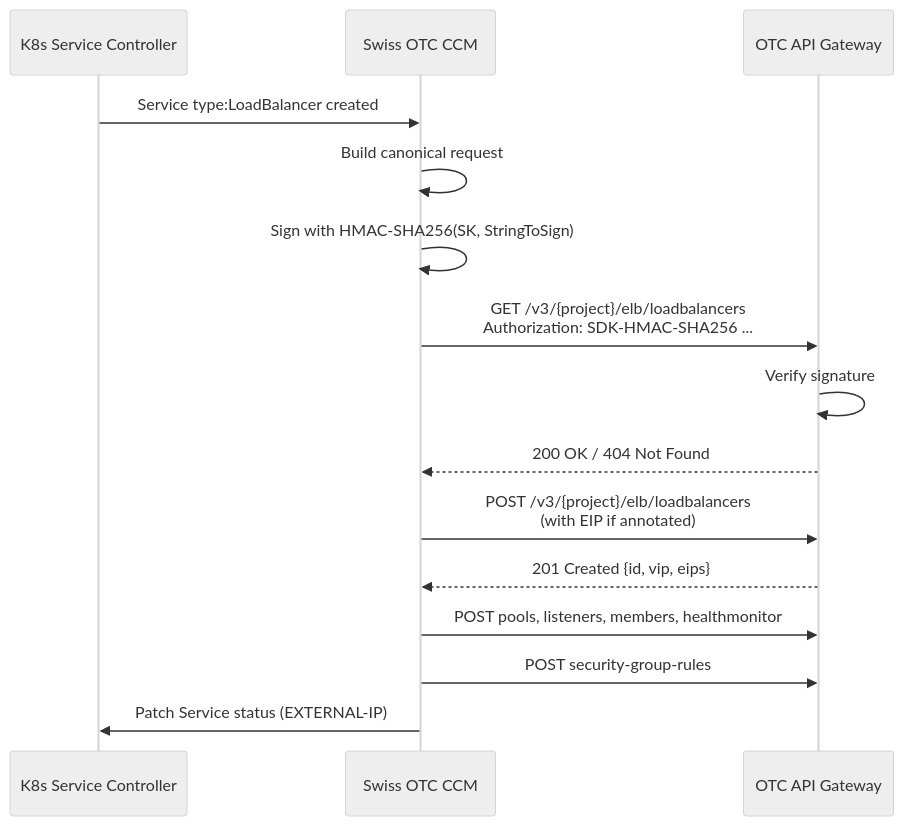
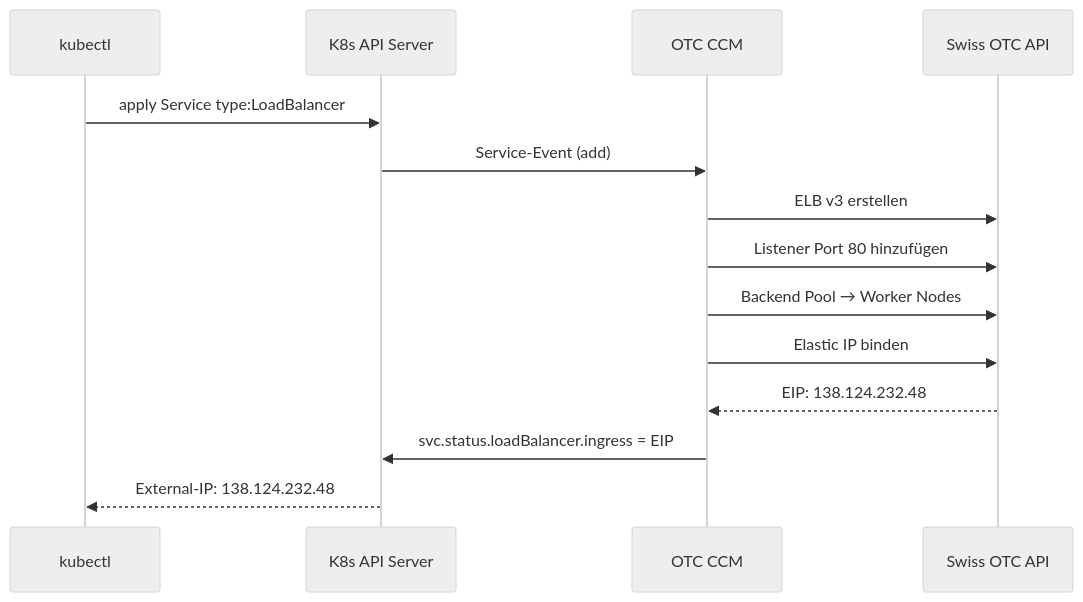
Before and after one commit to Wolfslight-Forgehouse/swiss-otc-k8s-cloud-manager-infra: the third of 6 diagrams in docs/ARCHITECTURE.md, drawn with Mermaid (neutral theme). The commit also changed other lines of this file and 2 other files, not shown here.

First line of the commit message:
docs: complete architecture, storage, and quickstart documentation

````diff
--- a/docs/ARCHITECTURE.md
+++ b/docs/ARCHITECTURE.md
@@ -66,18 +93,17 @@
 ```mermaid
 sequenceDiagram
-    participant K8s as K8s Service Controller
-    participant CCM as Swiss OTC CCM
-    participant API as OTC API Gateway
+    participant K as kubectl
+    participant API as K8s API Server
+    participant CCM as OTC CCM
+    participant OTC as Swiss OTC API
 
-    K8s->>CCM: Service type:LoadBalancer created
-    CCM->>CCM: Build canonical request
-    CCM->>CCM: Sign with HMAC-SHA256(SK, StringToSign)
-    CCM->>API: GET /v3/{project}/elb/loadbalancers<br/>Authorization: SDK-HMAC-SHA256 ...
-    API->>API: Verify signature
-    API-->>CCM: 200 OK / 404 Not Found
-    CCM->>API: POST /v3/{project}/elb/loadbalancers<br/>(with EIP if annotated)
-    API-->>CCM: 201 Created {id, vip, eips}
-    CCM->>API: POST pools, listeners, members, healthmonitor
-    CCM->>API: POST security-group-rules
-    CCM->>K8s: Patch Service status (EXTERNAL-IP)
+    K->>API: apply Service type:LoadBalancer
+    API->>CCM: Service-Event (add)
+    CCM->>OTC: ELB v3 erstellen
+    CCM->>OTC: Listener Port 80 hinzufügen
+    CCM->>OTC: Backend Pool → Worker Nodes
+    CCM->>OTC: Elastic IP binden
+    OTC-->>CCM: EIP: 138.124.232.48
+    CCM->>API: svc.status.loadBalancer.ingress = EIP
+    API-->>K: External-IP: 138.124.232.48
 ```
````
